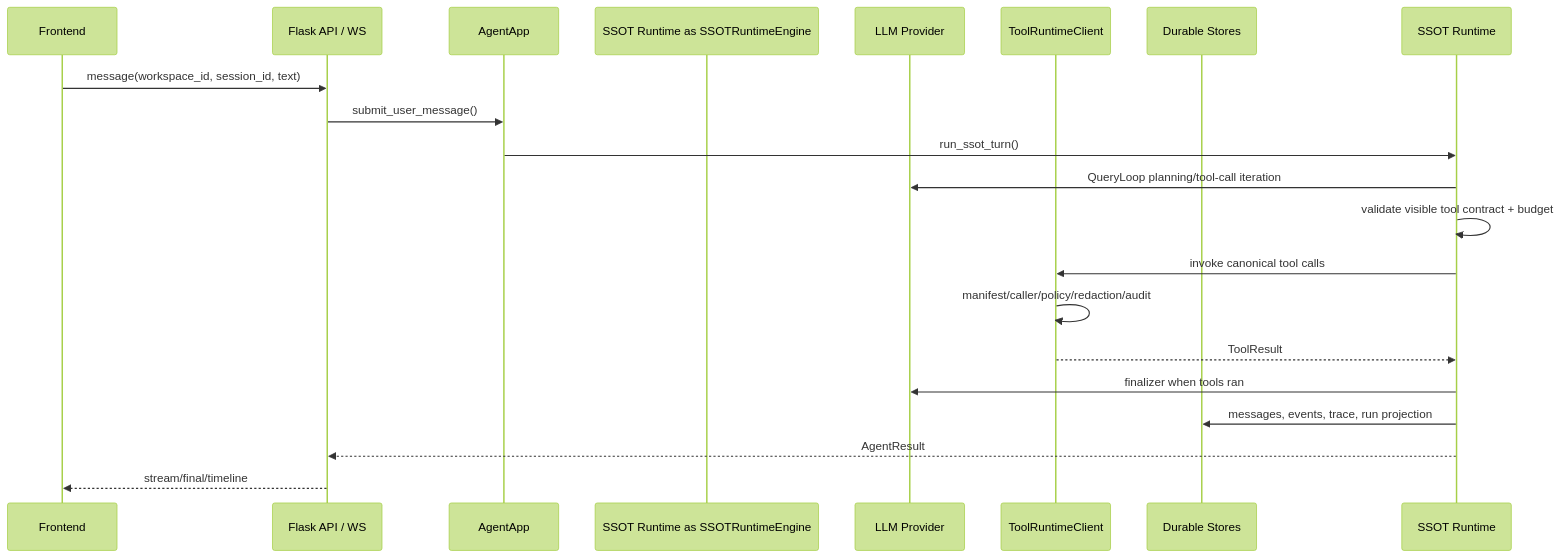
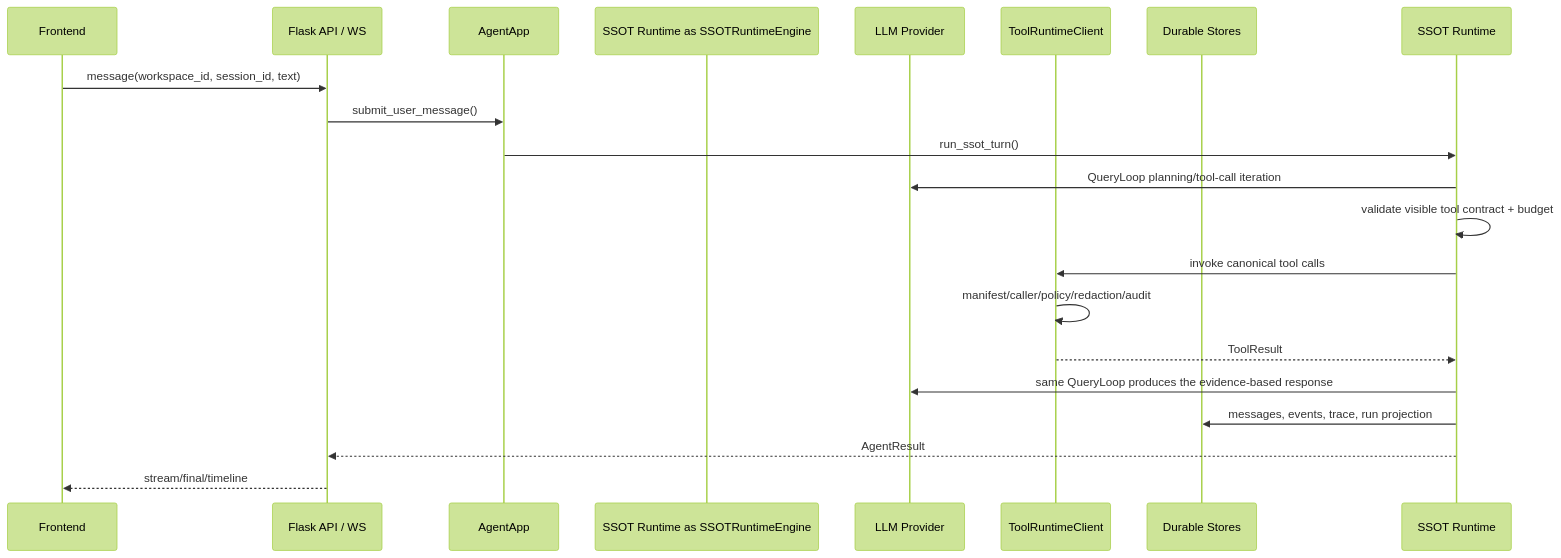
One commit to zhangh05/network_agent changed the diagram in DESIGN.md. Above: the diagram before and after it, drawn with Mermaid (forest theme). The commit also changed other lines of this file and 322 other files, not shown here.

````diff
--- a/DESIGN.md
+++ b/DESIGN.md
@@ -17,23 +17,23 @@
 ```mermaid
 sequenceDiagram
   participant UI as Frontend
   participant API as Flask API / WS
   participant App as AgentApp
   participant SSOT Runtime as SSOTRuntimeEngine
   participant LLM as LLM Provider
   participant Tools as ToolRuntimeClient
   participant Store as Durable Stores
 
   UI->>API: message(workspace_id, session_id, text)
   API->>App: submit_user_message()
   App->>SSOT Runtime: run_ssot_turn()
   SSOT Runtime->>LLM: QueryLoop planning/tool-call iteration
   SSOT Runtime->>SSOT Runtime: validate visible tool contract + budget
   SSOT Runtime->>Tools: invoke canonical tool calls
   Tools->>Tools: manifest/caller/policy/redaction/audit
   Tools-->>SSOT Runtime: ToolResult
-  SSOT Runtime->>LLM: finalizer when tools ran
+  SSOT Runtime->>LLM: same QueryLoop produces the evidence-based response
   SSOT Runtime->>Store: messages, events, trace, run projection
   SSOT Runtime-->>API: AgentResult
   API-->>UI: stream/final/timeline
 ```
````
